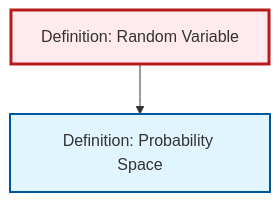
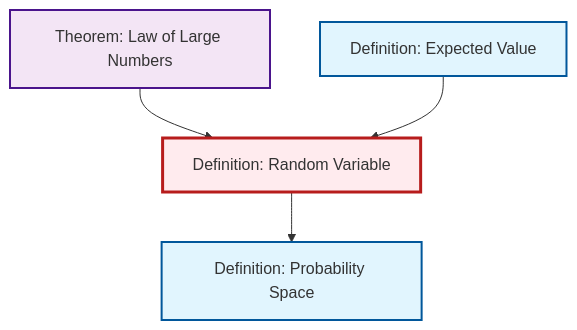
One commit to RK0429/ModernMath changed the diagram in output/mermaid/def-random-variable.mermaid. Above: the diagram before and after it, drawn with Mermaid. The commit also changed 174 other files, not shown here.

First line of the commit message:
feat: Introduce search index generation and knowledge graph enhancements

````diff
--- a/output/mermaid/def-random-variable.mermaid
+++ b/output/mermaid/def-random-variable.mermaid
@@ -1,13 +1,17 @@
 ```{mermaid}
 %%| fig-cap: "Local dependency graph"
 graph TD
     classDef definition fill:#e1f5fe,stroke:#01579b,stroke-width:2px
     classDef theorem fill:#f3e5f5,stroke:#4a148c,stroke-width:2px
     classDef axiom fill:#fff3e0,stroke:#e65100,stroke-width:2px
     classDef example fill:#e8f5e9,stroke:#1b5e20,stroke-width:2px
     classDef current fill:#ffebee,stroke:#b71c1c,stroke-width:3px
+    thm-law-of-large-numbers["Theorem: Law of Large Numbers"]:::theorem
     def-probability-space["Definition: Probability Space"]:::definition
     def-random-variable["Definition: Random Variable"]:::definition
+    def-expectation["Definition: Expected Value"]:::definition
+    thm-law-of-large-numbers --> def-random-variable
+    def-expectation --> def-random-variable
     def-random-variable --> def-probability-space
     class def-random-variable current
 ```
````
